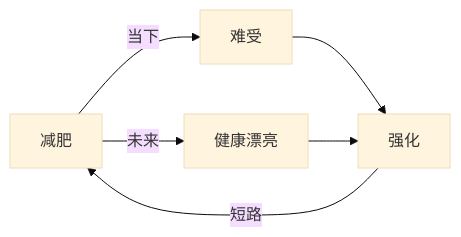
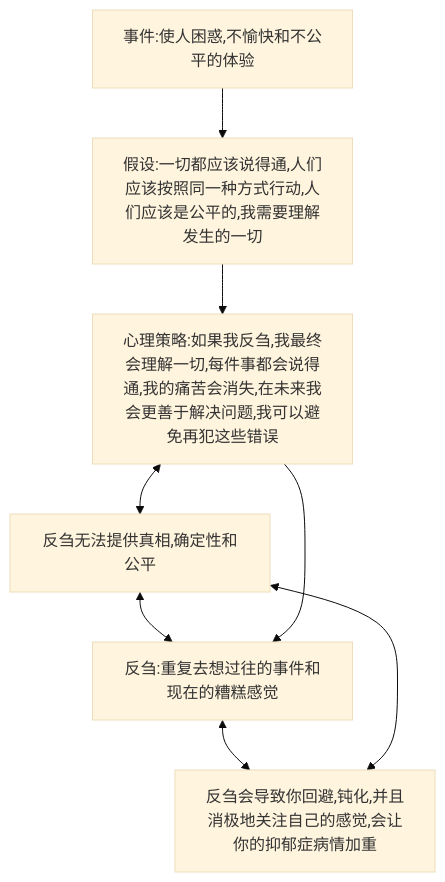
One commit to zhangjunhd/reading-notes changed the diagram in psychology/BeatTheBluesBeforeTheyBeatYou.md. Above: the diagram before and after it, drawn with Mermaid (base theme). The commit also changed other lines of this file, not shown here.

````diff
--- a/psychology/BeatTheBluesBeforeTheyBeatYou.md
+++ b/psychology/BeatTheBluesBeforeTheyBeatYou.md
@@ -631,8 +639,10 @@
 ```mermaid
-flowchart LR
-    A[减肥]--当下-->B[难受]
-    A--未来-->C[健康漂亮]
-    B-->D[强化]
-    C-->D[强化]
-    D--短路-->A
+flowchart TD
+    A[事件:使人困惑,不愉快和不公平的体验]-->B[假设:一切都应该说得通,人们应该按照同一种方式行动,人们应该是公平的,我需要理解发生的一切]
+    B-->C[心理策略:如果我反刍,我最终会理解一切,每件事都会说得通,我的痛苦会消失,在未来我会更善于解决问题,我可以避免再犯这些错误]
+    C<-->D[反刍无法提供真相,确定性和公平]
+    D<-->E
+    C-->E[反刍:重复去想过往的事件和现在的糟糕感觉]
+    E<-->F[反刍会导致你回避,钝化,并且消极地关注自己的感觉,会让你的抑郁症病情加重]
+    D<-->F
 ```
````
